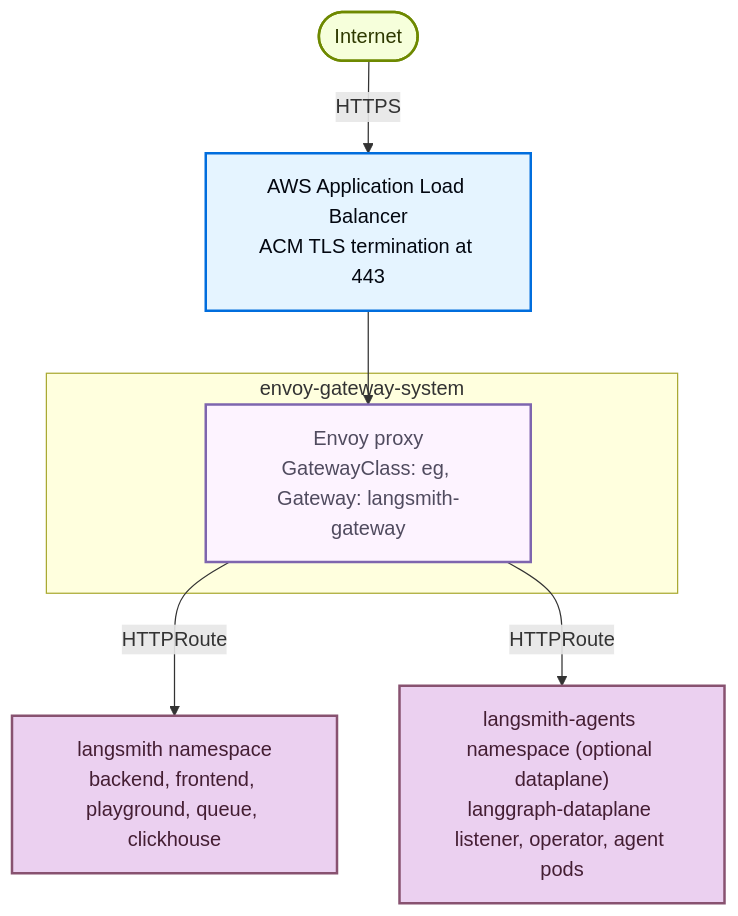
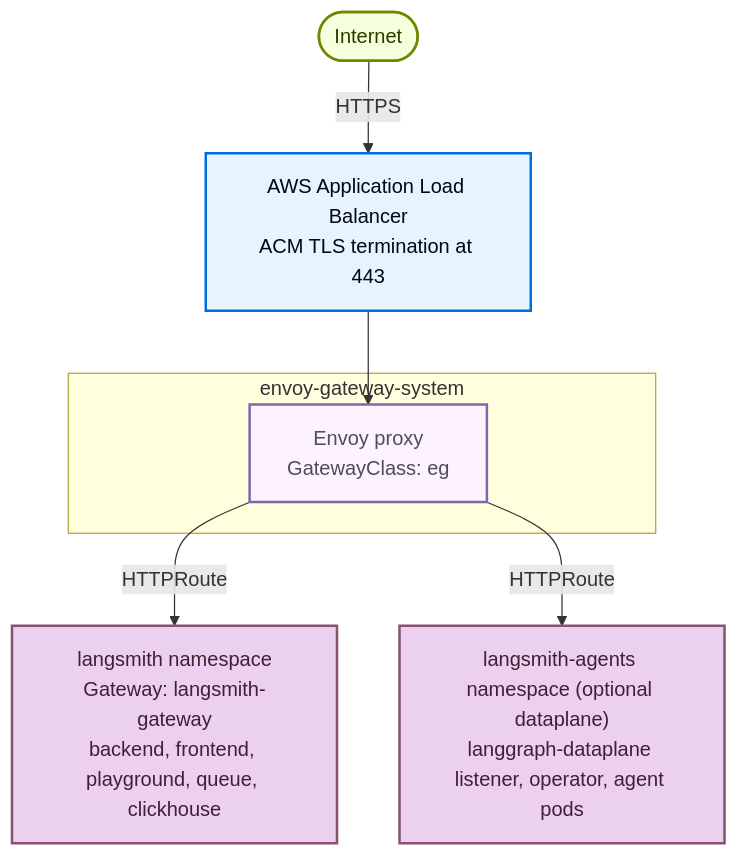
Before and after one commit to langchain-ai/docs: the second of 2 diagrams in src/langsmith/self-host-terraform-aws-architecture.mdx, drawn with Mermaid. The commit also changed other lines of this file and 4 other files, not shown here.

````diff
--- a/src/langsmith/self-host-terraform-aws-architecture.mdx
+++ b/src/langsmith/self-host-terraform-aws-architecture.mdx
@@ -196,27 +196,27 @@
 ```mermaid actions={false}
 graph TD
     Internet(["Internet"])
     ALB["AWS Application Load Balancer<br/>ACM TLS termination at 443"]
 
     subgraph EGS["envoy-gateway-system"]
-        Envoy["Envoy proxy<br/>GatewayClass: eg, Gateway: langsmith-gateway"]
+        Envoy["Envoy proxy<br/>GatewayClass: eg"]
     end
 
-    LangSmith["langsmith namespace<br/>backend, frontend, playground, queue, clickhouse"]
+    LangSmith["langsmith namespace<br/>Gateway: langsmith-gateway<br/>backend, frontend, playground, queue, clickhouse"]
     Agents["langsmith-agents namespace (optional dataplane)<br/>langgraph-dataplane listener, operator, agent pods"]
 
     Internet -->|HTTPS| ALB
     ALB --> Envoy
     Envoy -->|HTTPRoute| LangSmith
     Envoy -->|HTTPRoute| Agents
 
     classDef trigger fill:#F6FFDB,stroke:#6E8900,stroke-width:2px,color:#2E3900
     classDef process fill:#E5F4FF,stroke:#006DDD,stroke-width:2px,color:#030710
     classDef decision fill:#FDF3FF,stroke:#7E65AE,stroke-width:2px,color:#504B5F
     classDef output fill:#EBD0F0,stroke:#885270,stroke-width:2px,color:#441E33
 
     class Internet trigger
     class ALB process
     class Envoy decision
     class LangSmith,Agents output
 ```
````
